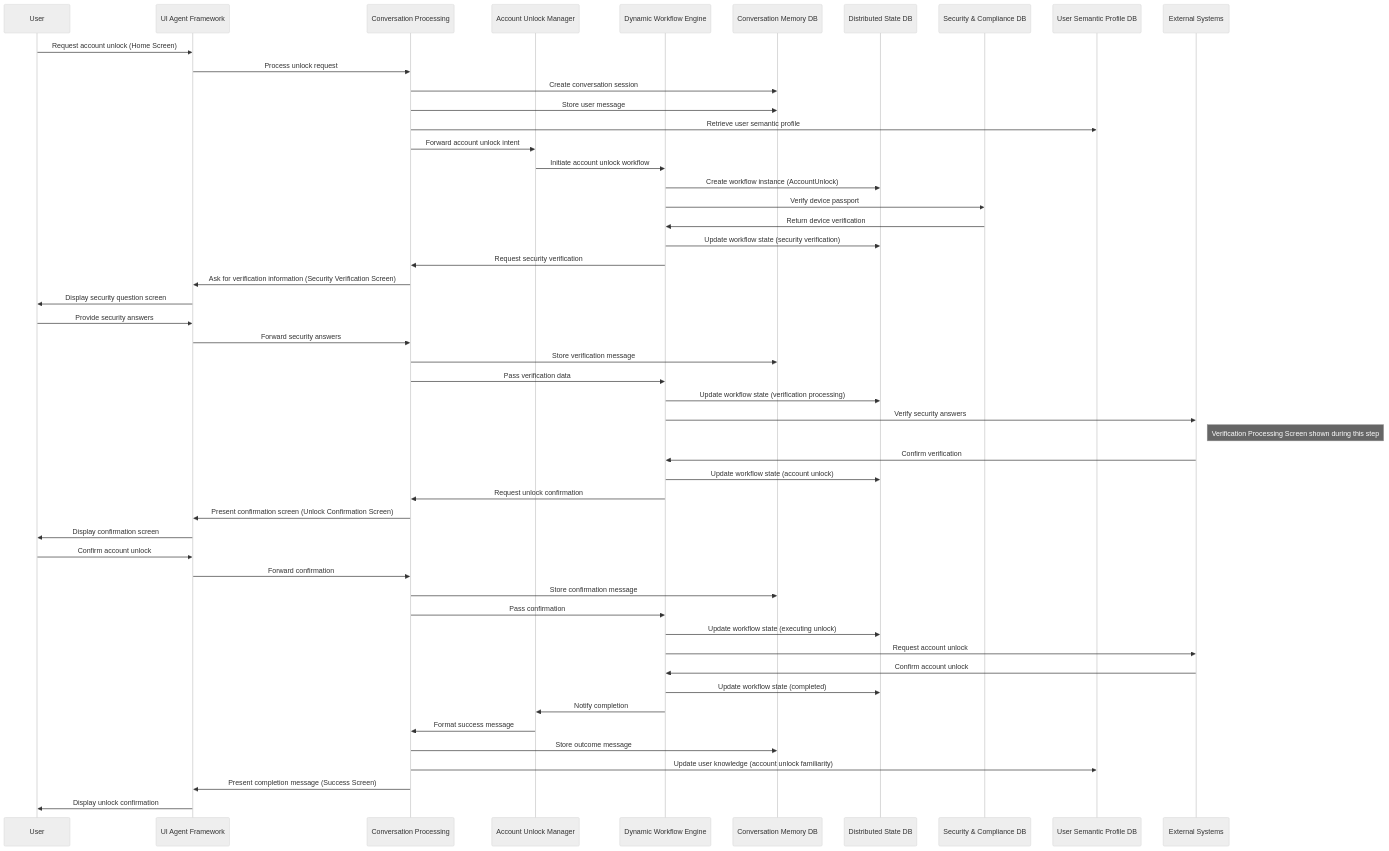
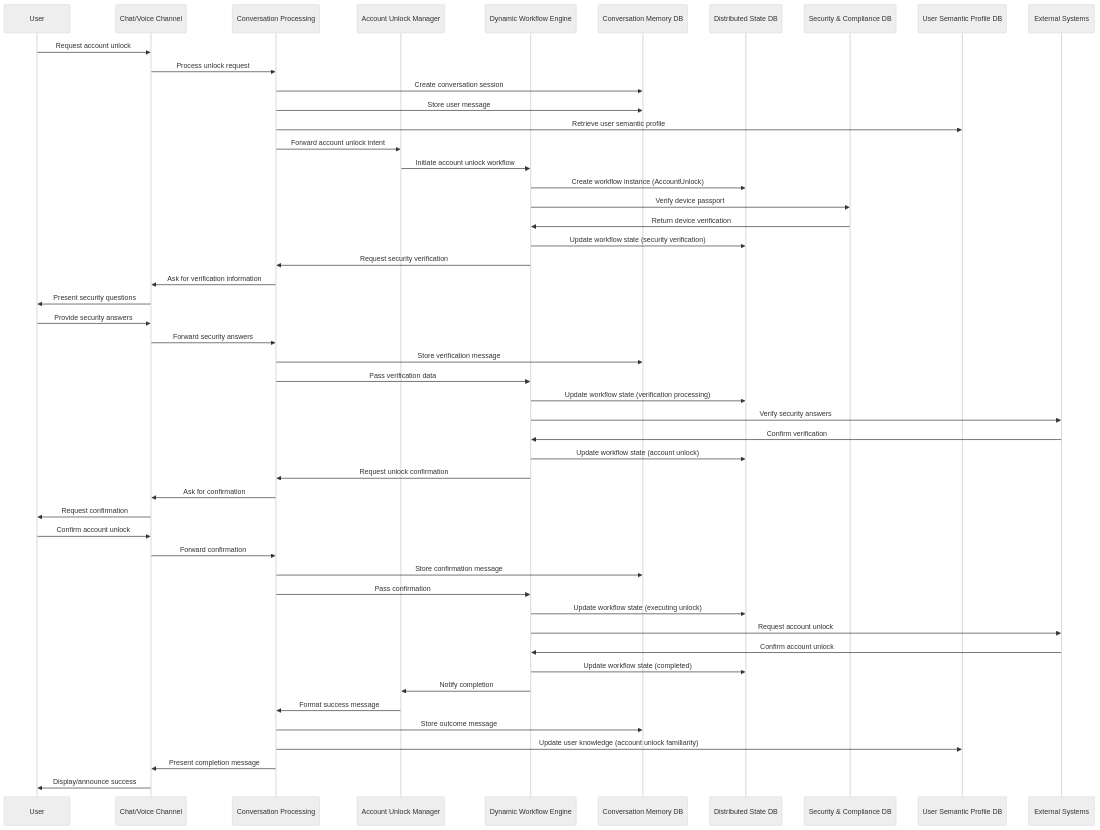
Diagram 13 of 31 in ME.AI Data Architecture and Flows.md (ME-ai-agents/docs_prod), drawn with Mermaid (neutral theme) before and after one commit. The commit also changed other lines of this file, not shown here.

Commit message:
Update ME.AI Data Architecture and Flows.md

````diff
--- a/ME.AI Data Architecture and Flows.md
+++ b/ME.AI Data Architecture and Flows.md
@@ -1167,66 +1224,65 @@
 ```mermaid
 sequenceDiagram
     participant User
-    participant UI as UI Agent Framework
+    participant Channel as Chat/Voice Channel
     participant CP as Conversation Processing
     participant ALM as Account Unlock Manager
     participant DWE as Dynamic Workflow Engine
     participant CMDB as Conversation Memory DB
     participant DSDB as Distributed State DB
     participant SCDB as Security & Compliance DB
     participant USPDB as User Semantic Profile DB
     participant ES as External Systems
 
-    User->>UI: Request account unlock (Home Screen)
-    UI->>CP: Process unlock request
+    User->>Channel: Request account unlock
+    Channel->>CP: Process unlock request
     CP->>CMDB: Create conversation session
     CP->>CMDB: Store user message
     CP->>USPDB: Retrieve user semantic profile
     
     CP->>ALM: Forward account unlock intent
     ALM->>DWE: Initiate account unlock workflow
     
     DWE->>DSDB: Create workflow instance (AccountUnlock)
     
     DWE->>SCDB: Verify device passport
     SCDB->>DWE: Return device verification
     
     DWE->>DSDB: Update workflow state (security verification)
     DWE->>CP: Request security verification
-    CP->>UI: Ask for verification information (Security Verification Screen)
-    UI->>User: Display security question screen
+    CP->>Channel: Ask for verification information
+    Channel->>User: Present security questions
     
-    User->>UI: Provide security answers
-    UI->>CP: Forward security answers
+    User->>Channel: Provide security answers
+    Channel->>CP: Forward security answers
     CP->>CMDB: Store verification message
     CP->>DWE: Pass verification data
     
     DWE->>DSDB: Update workflow state (verification processing)
     DWE->>ES: Verify security answers
-    Note right of ES: Verification Processing Screen shown during this step
     ES->>DWE: Confirm verification
     
     DWE->>DSDB: Update workflow state (account unlock)
     DWE->>CP: Request unlock confirmation
-    CP->>UI: Present confirmation screen (Unlock Confirmation Screen)
-    UI->>User: Display confirmation screen
+    CP->>Channel: Ask for confirmation
+    Channel->>User: Request confirmation
     
-    User->>UI: Confirm account unlock
-    UI->>CP: Forward confirmation
+    User->>Channel: Confirm account unlock
+    Channel->>CP: Forward confirmation
     CP->>CMDB: Store confirmation message
     CP->>DWE: Pass confirmation
     
     DWE->>DSDB: Update workflow state (executing unlock)
     DWE->>ES: Request account unlock
     ES->>DWE: Confirm account unlock
     
     DWE->>DSDB: Update workflow state (completed)
     DWE->>ALM: Notify completion
     ALM->>CP: Format success message
     
     CP->>CMDB: Store outcome message
     CP->>USPDB: Update user knowledge (account unlock familiarity)
     
-    CP->>UI: Present completion message (Success Screen)
-    UI->>User: Display unlock confirmation
+    CP->>Channel: Present completion message
+    Channel->>User: Display/announce success
 ```
````
